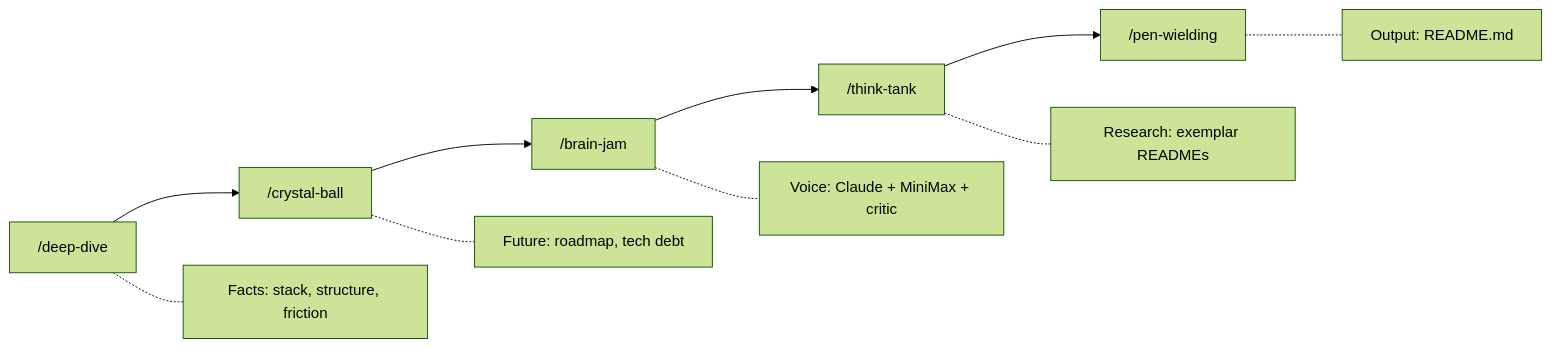
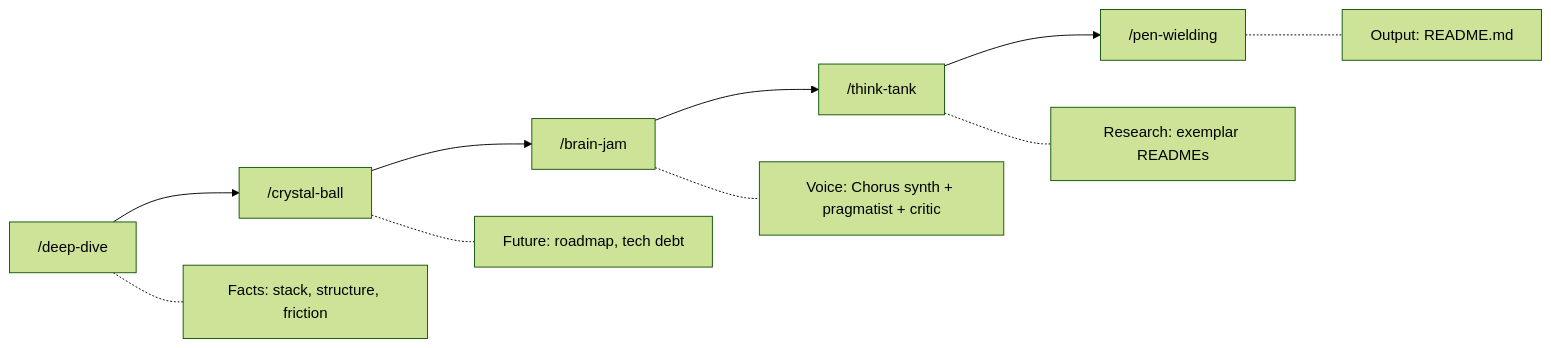
The diagram in README.md (kellenff/claudikins-github-readme-for-perfectionists), drawn with Mermaid (forest theme) before and after one commit. The commit also changed other lines of this file, not shown here.

Commit message:
docs(readme): update Quick Start and requirements for Chorus

````diff
--- a/README.md
+++ b/README.md
@@ -60,13 +61,13 @@
 ```mermaid
 flowchart LR
     A["/deep-dive"] --> B["/crystal-ball"]
     B --> C["/brain-jam"]
     C --> D["/think-tank"]
     D --> E["/pen-wielding"]
 
     A -.- A1["Facts: stack, structure, friction"]
     B -.- B1["Future: roadmap, tech debt"]
-    C -.- C1["Voice: Claude + MiniMax + critic"]
+    C -.- C1["Voice: Chorus synth + pragmatist + critic"]
     D -.- D1["Research: exemplar READMEs"]
     E -.- E1["Output: README.md"]
 ```
````
